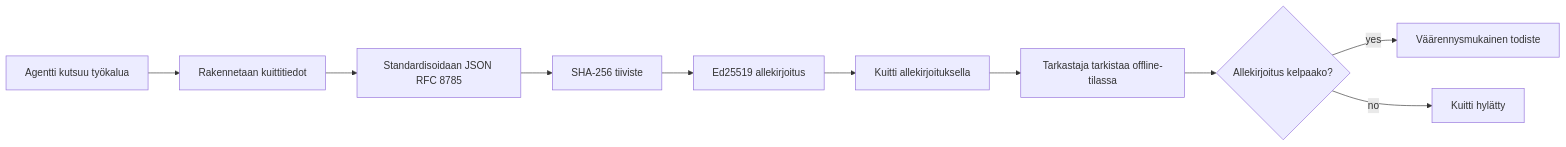
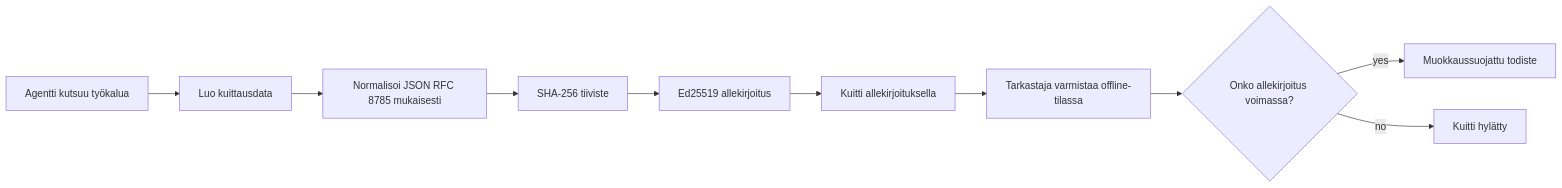
The first of 2 diagrams in mirrors/repos/microsoft@ai-agents-for-beginners/translations/fi/18-securing-ai-agents/README.md (gabrielmoreira/agent-skills-mirror), drawn with Mermaid before and after one commit. The commit also changed other lines of this file and 8886 other files, not shown here.

````diff
--- a/mirrors/repos/microsoft@ai-agents-for-beginners/translations/fi/18-securing-ai-agents/README.md
+++ b/mirrors/repos/microsoft@ai-agents-for-beginners/translations/fi/18-securing-ai-agents/README.md
@@ -51,12 +51,12 @@
 ```mermaid
 flowchart LR
-    A[Agentti kutsuu työkalua] --> B[Rakennetaan kuittitiedot]
-    B --> C[Standardisoidaan JSON RFC 8785]
+    A[Agentti kutsuu työkalua] --> B[Luo kuittausdata]
+    B --> C[Normalisoi JSON RFC 8785 mukaisesti]
     C --> D[SHA-256 tiiviste]
     D --> E[Ed25519 allekirjoitus]
     E --> F[Kuitti allekirjoituksella]
-    F --> G[Tarkastaja tarkistaa offline-tilassa]
-    G --> H{Allekirjoitus kelpaako?}
-    H -- yes --> I[Väärennysmukainen todiste]
+    F --> G[Tarkastaja varmistaa offline-tilassa]
+    G --> H{Onko allekirjoitus voimassa?}
+    H -- yes --> I[Muokkaussuojattu todiste]
     H -- no --> J[Kuitti hylätty]
 ```
````
